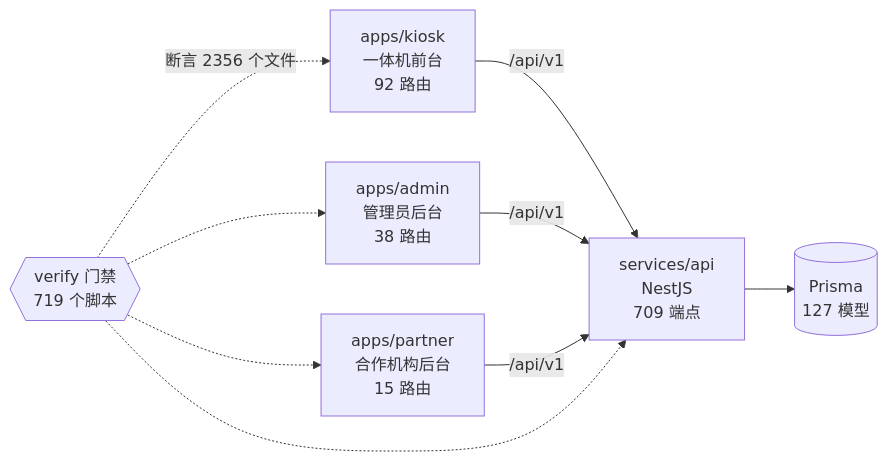
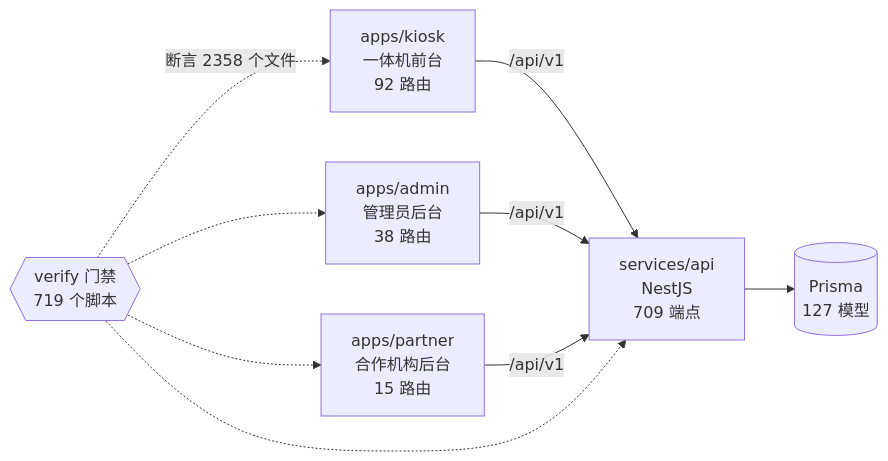
One commit to wanglei581/YITIJI changed the diagram in docs/graph/README.md. Above: the diagram before and after it, drawn with Mermaid. The commit also changed other lines of this file and 6 other files, not shown here.

First line of the commit message:
docs(progress): 记下商用落地评审后的第一批修复，并重生项目图谱

````diff
--- a/docs/graph/README.md
+++ b/docs/graph/README.md
@@ -68,18 +68,18 @@
 ```mermaid
 flowchart LR
   kiosk["apps/kiosk<br/>一体机前台<br/>92 路由"]
   admin["apps/admin<br/>管理员后台<br/>38 路由"]
   partner["apps/partner<br/>合作机构后台<br/>15 路由"]
   api["services/api<br/>NestJS<br/>709 端点"]
   db[("Prisma<br/>127 模型")]
   gates{{"verify 门禁<br/>719 个脚本"}}
 
   kiosk -->|"/api/v1"| api
   admin -->|"/api/v1"| api
   partner -->|"/api/v1"| api
   api --> db
-  gates -.->|"断言 2356 个文件"| kiosk
+  gates -.->|"断言 2358 个文件"| kiosk
   gates -.-> admin
   gates -.-> partner
   gates -.-> api
 ```
````
